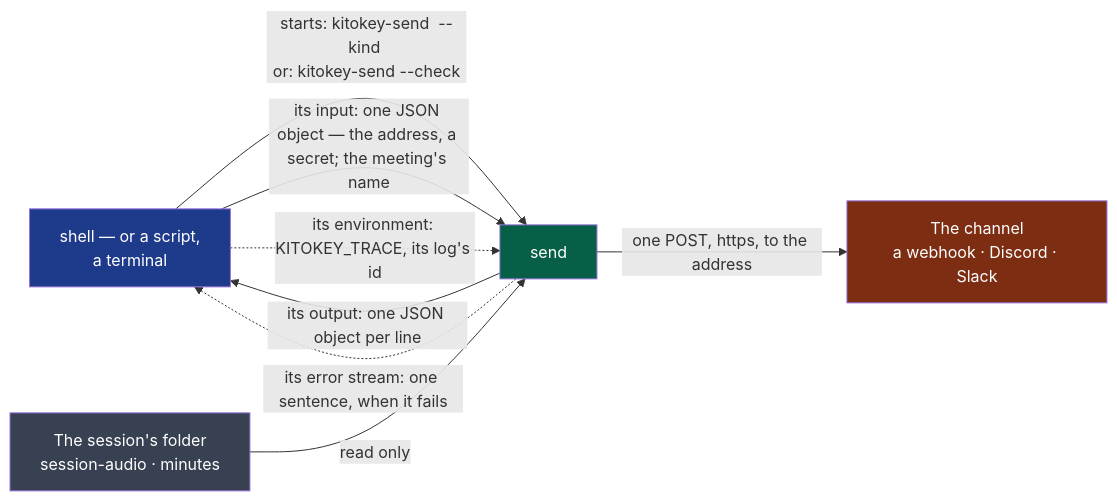
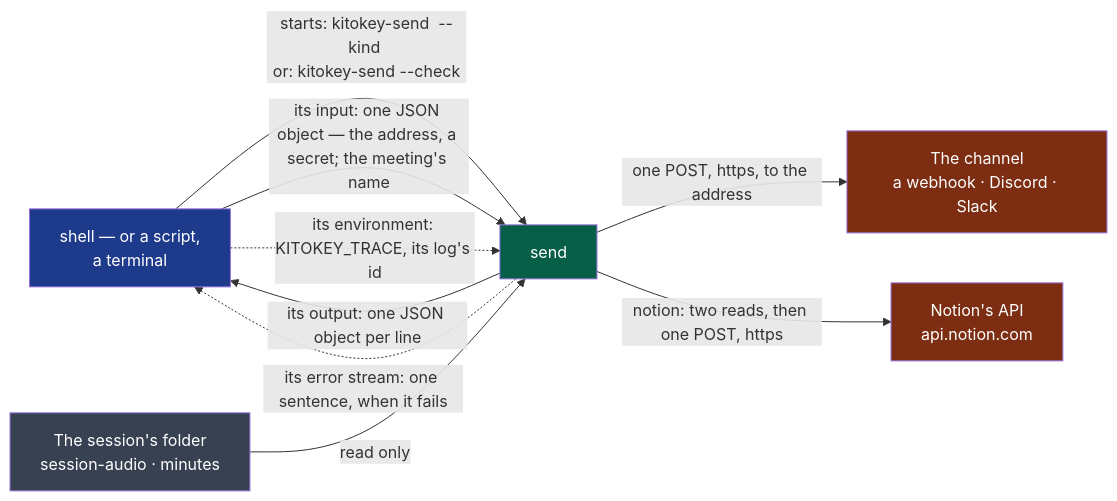
One commit to NapkinStack/kitokey changed the diagram in contracts/posting/v1/README.md. Above: the diagram before and after it, drawn with Mermaid. The commit also changed other lines of this file and 2 other files, not shown here.

First line of the commit message:
contracts: posting/v1 gains the kind notion, additively — a page in a database the person shared, through their key (D116)

````diff
--- a/contracts/posting/v1/README.md
+++ b/contracts/posting/v1/README.md
@@ -8,15 +9,16 @@
 ```mermaid
 flowchart LR
     S["shell — or a script,<br/>a terminal"]:::consumer -->|"starts: kitokey-send <session-folder> --kind <kind><br/>or: kitokey-send --check"| P["send"]:::producer
     S -->|"its input: one JSON object — the address, a secret; the meeting's name"| P
     S -.->|"its environment: KITOKEY_TRACE, its log's id"| P
     P -->|"its output: one JSON object per line"| S
     P -.->|"its error stream: one sentence, when it fails"| S
     F["The session's folder<br/>session-audio · minutes"]:::file -->|"read only"| P
     P -->|"one POST, https, to the address"| C["The channel<br/>a webhook · Discord · Slack"]:::outside
+    P -->|"notion: two reads, then one POST, https"| N["Notion's API<br/>api.notion.com"]:::outside
 
     classDef producer fill:#065f46,color:#fff
     classDef consumer fill:#1e3a8a,color:#fff
     classDef outside fill:#7c2d12,color:#fff
     classDef file fill:#374151,color:#fff
 ```
````
